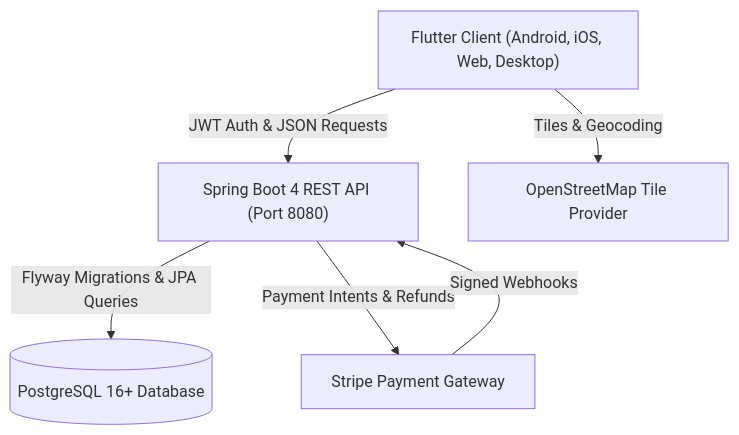
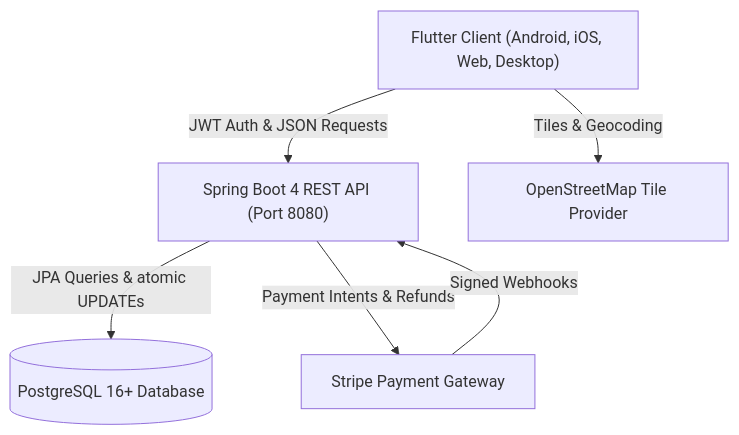
One commit to Arunkumar19-20/zomatoo changed the diagram in README.md. Above: the diagram before and after it, drawn with Mermaid. The commit also changed other lines of this file and 40 other files, not shown here.

First line of the commit message:
feat: wire client to backend, schema guard, docs, live smoke and contract tests

````diff
--- a/README.md
+++ b/README.md
@@ -126,14 +154,14 @@
 ```mermaid
 graph TD
     Client["Flutter Client (Android, iOS, Web, Desktop)"]
     API["Spring Boot 4 REST API (Port 8080)"]
     DB[("PostgreSQL 16+ Database")]
     Stripe["Stripe Payment Gateway"]
     OSM["OpenStreetMap Tile Provider"]
 
     Client -->|"JWT Auth & JSON Requests"| API
     Client -->|"Tiles & Geocoding"| OSM
-    API -->|"Flyway Migrations & JPA Queries"| DB
+    API -->|"JPA Queries & atomic UPDATEs"| DB
     API -->|"Payment Intents & Refunds"| Stripe
     Stripe -->|"Signed Webhooks"| API
 ```
````
